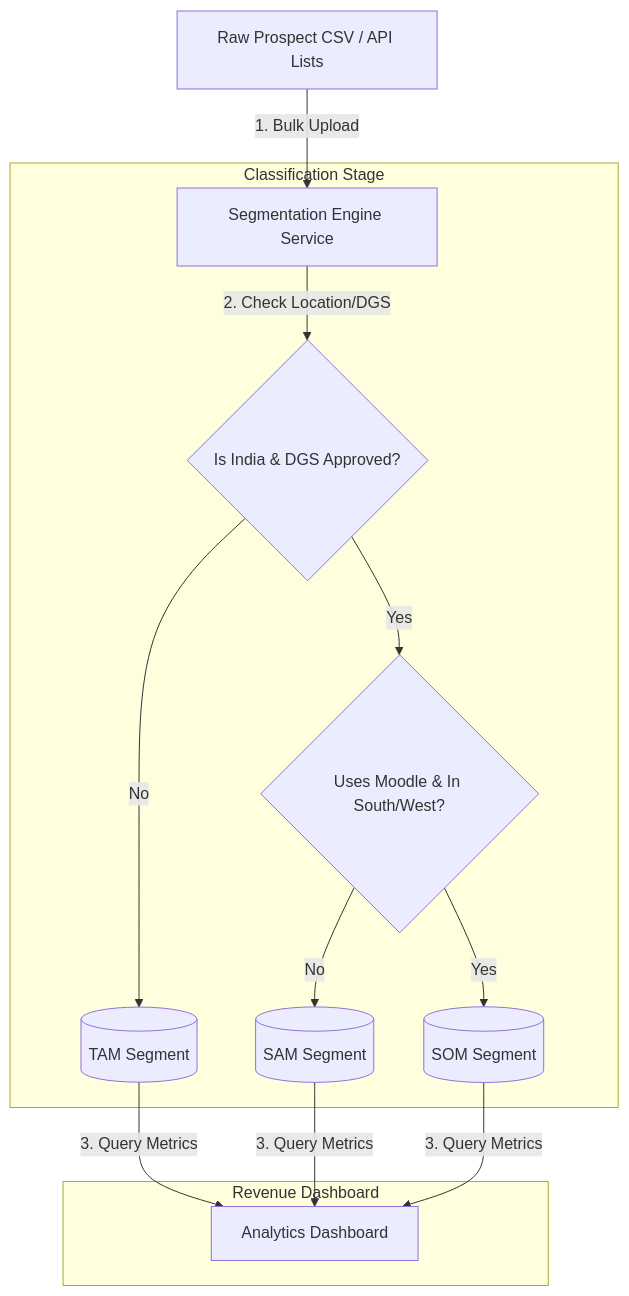
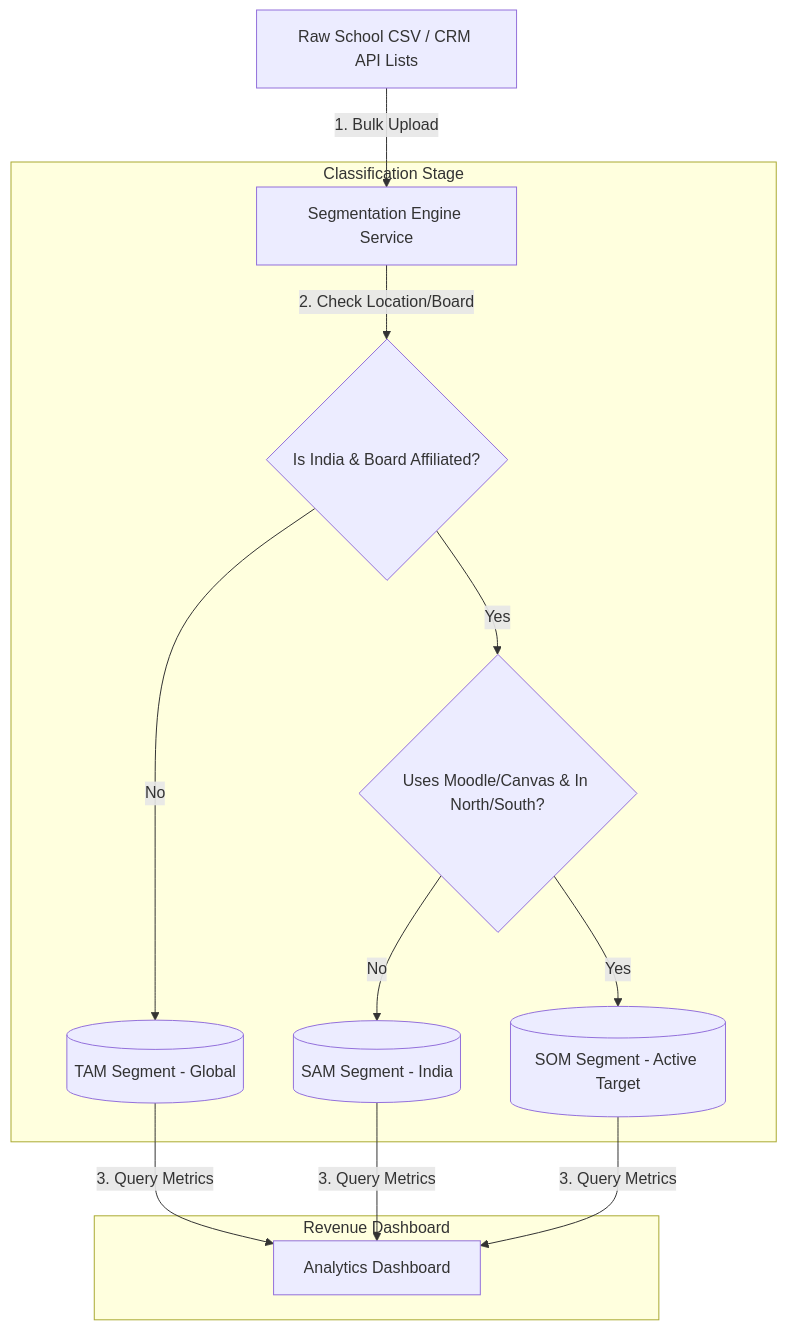
Before and after one commit to AnandKg22/90-days-of-gtm-engineering: the diagram in daily/Day-005-Market-Segmentation/Architecture.md, drawn with Mermaid. The commit also changed other lines of this file and 6 other files, not shown here.

````diff
--- a/daily/Day-005-Market-Segmentation/Architecture.md
+++ b/daily/Day-005-Market-Segmentation/Architecture.md
@@ -11,19 +11,19 @@
 ```mermaid
 graph TD
-    List[Raw Prospect CSV / API Lists] -->|1. Bulk Upload| Engine[Segmentation Engine Service]
+    List[Raw School CSV / CRM API Lists] -->|1. Bulk Upload| Engine[Segmentation Engine Service]
     
     subgraph Classification Stage
-        Engine -->|2. Check Location/DGS| SAM_Check{Is India & DGS Approved?}
-        SAM_Check -->|No| TAM[(TAM Segment)]
-        SAM_Check -->|Yes| SOM_Check{Uses Moodle & In South/West?}
+        Engine -->|2. Check Location/Board| SAM_Check{Is India & Board Affiliated?}
+        SAM_Check -->|No| TAM[(TAM Segment - Global)]
+        SAM_Check -->|Yes| SOM_Check{Uses Moodle/Canvas & In North/South?}
         
-        SOM_Check -->|No| SAM[(SAM Segment)]
-        SOM_Check -->|Yes| SOM[(SOM Segment)]
+        SOM_Check -->|No| SAM[(SAM Segment - India)]
+        SOM_Check -->|Yes| SOM[(SOM Segment - Active Target)]
     end
     
     subgraph Revenue Dashboard
         TAM -->|3. Query Metrics| Dashboard[Analytics Dashboard]
         SAM -->|3. Query Metrics| Dashboard
         SOM -->|3. Query Metrics| Dashboard
     end
 ```
````
